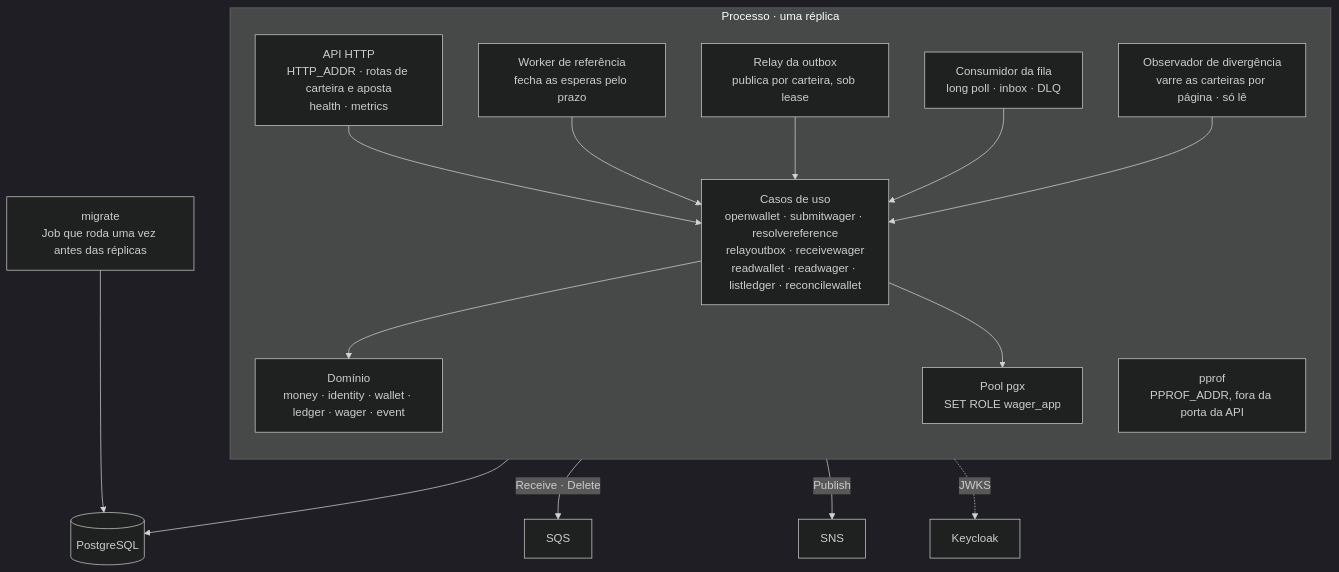
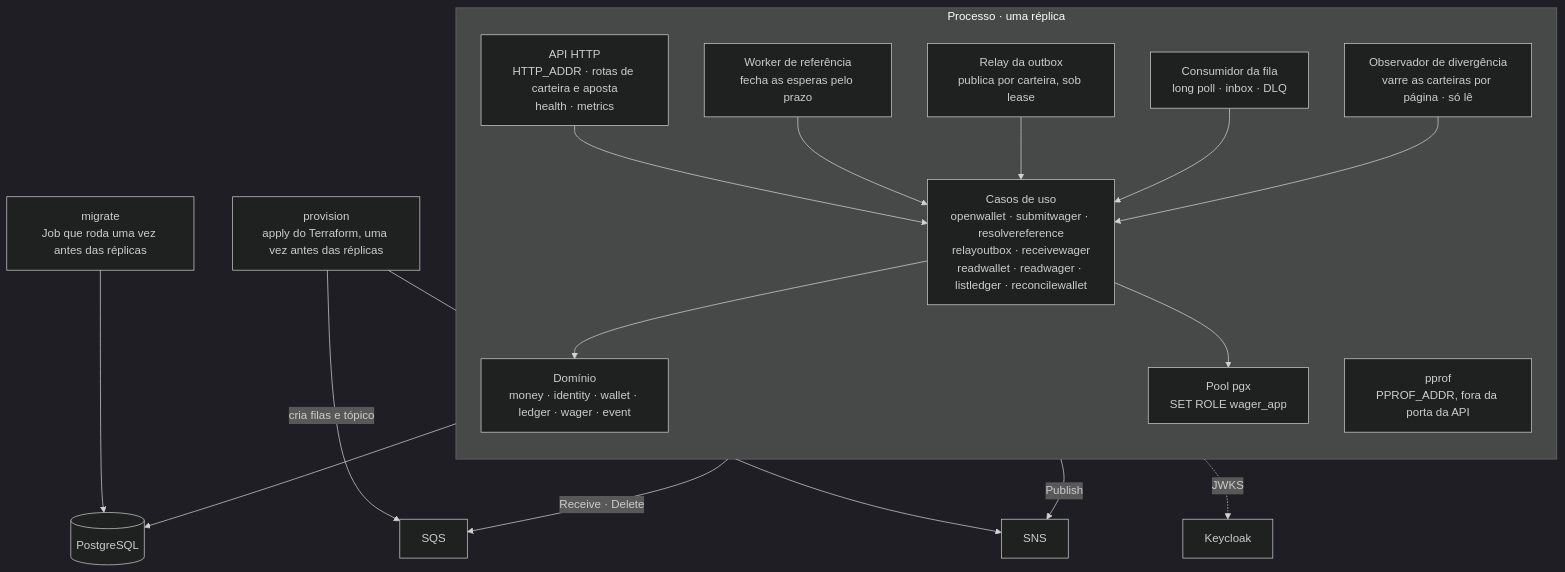
Before and after one commit to cassiusbessa/backend-challenge-go: the second of 4 diagrams in docs/01-contexto.md, drawn with Mermaid (dark theme). The commit also changed other lines of this file and 4 other files, not shown here.

````diff
--- a/docs/01-contexto.md
+++ b/docs/01-contexto.md
@@ -50,33 +50,36 @@
 ```mermaid
 flowchart TB
     subgraph process["Processo · uma réplica"]
         direction TB
         api["API HTTP<br/>HTTP_ADDR · rotas de carteira e aposta<br/>health · metrics"]
         pprof["pprof<br/>PPROF_ADDR, fora da porta da API"]
         ref["Worker de referência<br/>fecha as esperas pelo prazo"]
         relay["Relay da outbox<br/>publica por carteira, sob lease"]
         cons["Consumidor da fila<br/>long poll · inbox · DLQ"]
         watch["Observador de divergência<br/>varre as carteiras por página · só lê"]
         uc["Casos de uso<br/>openwallet · submitwager · resolvereference<br/>relayoutbox · receivewager<br/>readwallet · readwager · listledger · reconcilewallet"]
         dom["Domínio<br/>money · identity · wallet · ledger · wager · event"]
         pool["Pool pgx<br/>SET ROLE wager_app"]
     end
     migrate["migrate<br/>Job que roda uma vez antes das réplicas"]
+    provision["provision<br/>apply do Terraform, uma vez antes das réplicas"]
     pg[("PostgreSQL")]
     sqs["SQS"]
     sns["SNS"]
     kc["Keycloak"]
 
     api --> uc
     ref --> uc
     relay --> uc
     cons --> uc
     watch --> uc
     uc --> dom
     uc --> pool
     pool --> pg
     migrate --> pg
+    provision -- "cria filas e tópico" --> sqs
+    provision --> sns
     cons -- "Receive · Delete" --> sqs
     relay -- "Publish" --> sns
     api -. "JWKS" .-> kc
 ```
````
